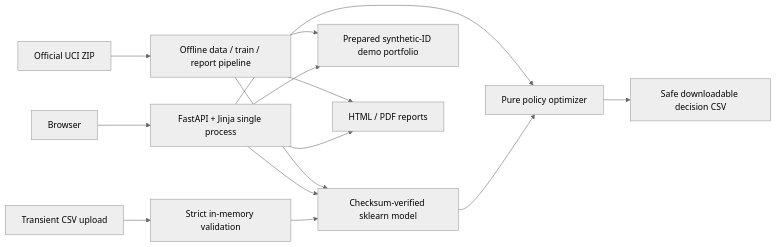
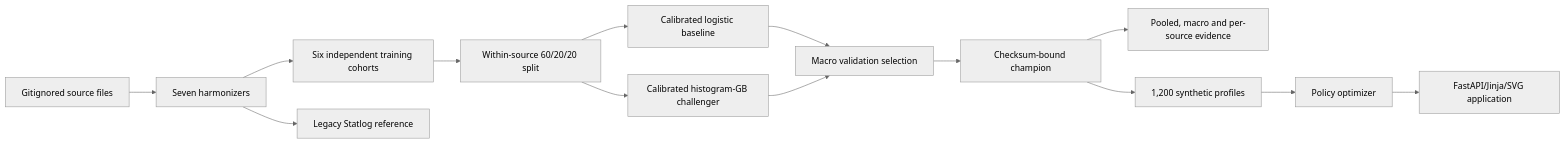
One commit to Ghostboy789/limitiq-credit-line-optimization changed the diagram in docs/ARCHITECTURE.md. Above: the diagram before and after it, drawn with Mermaid (neutral theme). The commit also changed other lines of this file and 62 other files, not shown here.

````diff
--- a/docs/ARCHITECTURE.md
+++ b/docs/ARCHITECTURE.md
@@ -10,16 +12,16 @@
 ```mermaid
 flowchart LR
-  U[Official UCI ZIP] --> P[Offline data / train / report pipeline]
-  P --> M[Checksum-verified sklearn model]
-  P --> D[Prepared synthetic-ID demo portfolio]
-  P --> R[HTML / PDF reports]
-  B[Browser] --> W[FastAPI + Jinja single process]
-  W --> M
-  W --> D
-  W --> R
-  W --> O[Pure policy optimizer]
-  C[Transient CSV upload] --> V[Strict in-memory validation]
-  V --> M
-  M --> O
-  O --> X[Safe downloadable decision CSV]
+  R[Gitignored source files] --> H[Seven harmonizers]
+  H --> G[Six independent training cohorts]
+  H --> X[Legacy Statlog reference]
+  G --> S[Within-source 60/20/20 split]
+  S --> B[Calibrated logistic baseline]
+  S --> C[Calibrated histogram-GB challenger]
+  B --> V[Macro validation selection]
+  C --> V
+  V --> M[Checksum-bound champion]
+  M --> E[Pooled, macro and per-source evidence]
+  M --> D[1,200 synthetic profiles]
+  D --> O[Policy optimizer]
+  O --> W[FastAPI/Jinja/SVG application]
 ```
````
